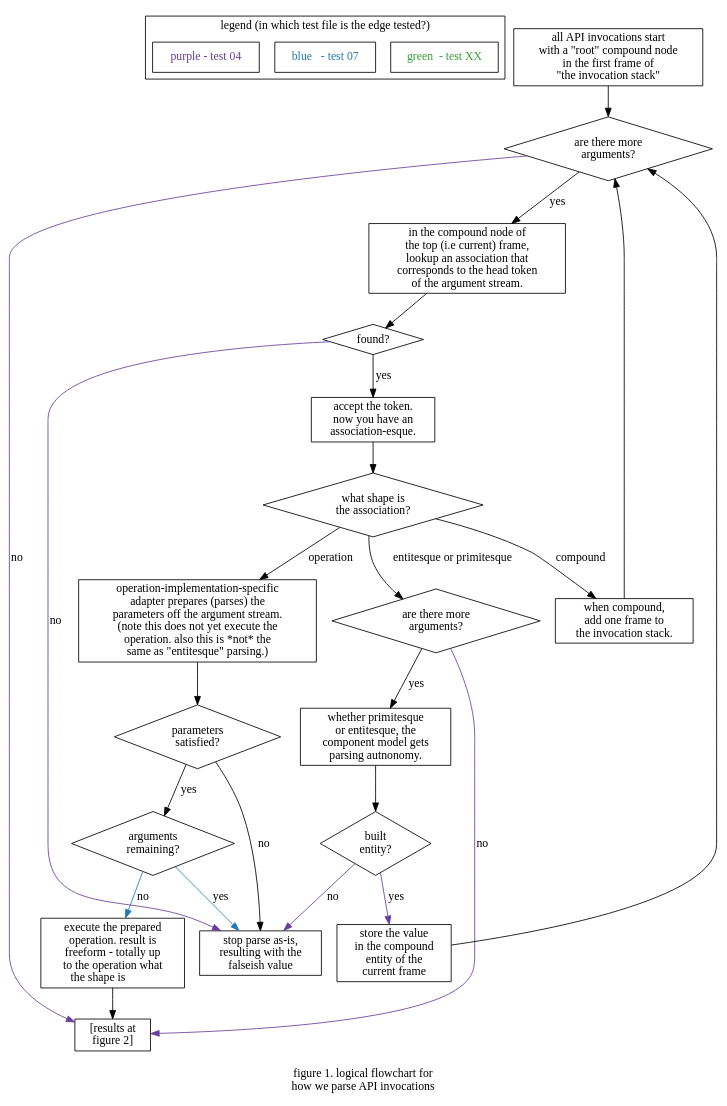
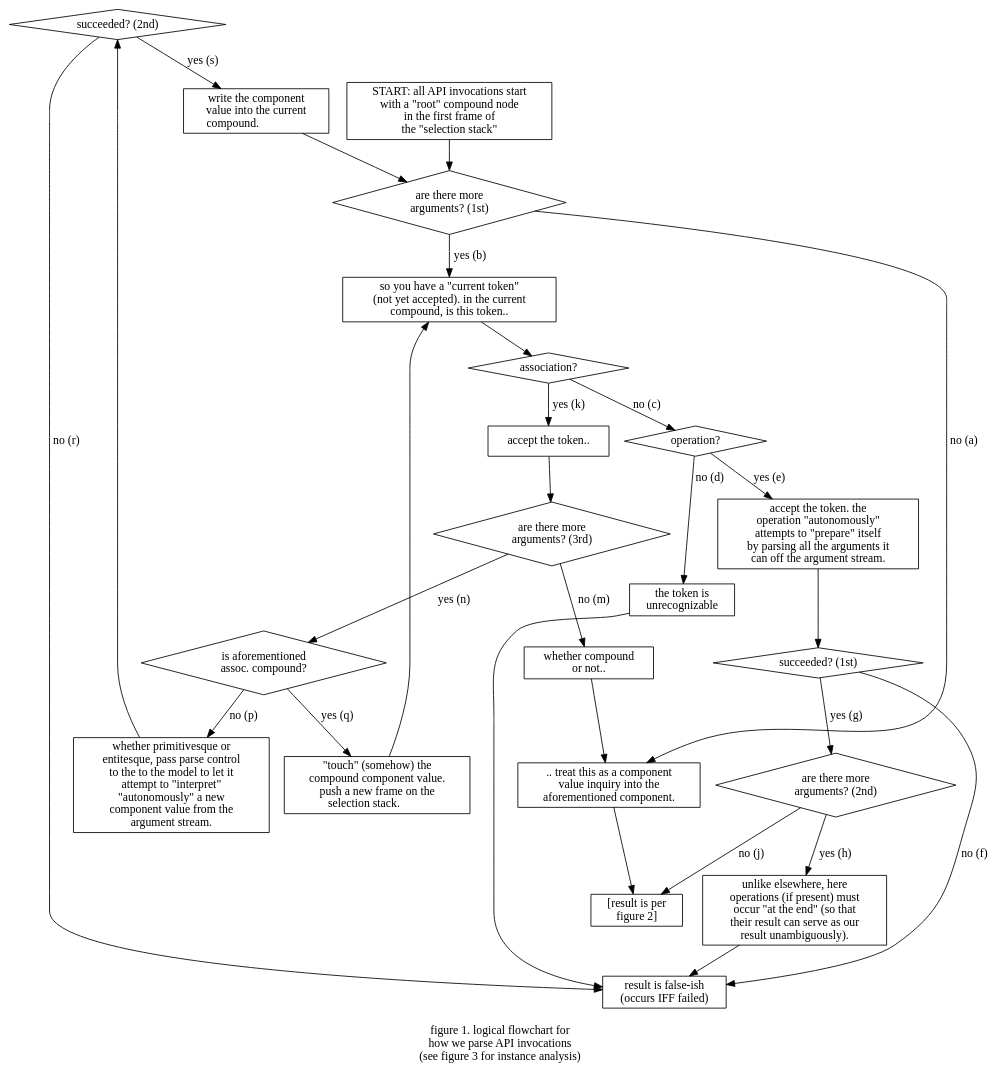
One commit to hipe/tmx changed the diagram in zerk/doc/issues/012/figure-1-parsing-flowchart.dot. Above: the diagram before and after it, drawn with Graphviz. The commit also changed 30 other files, not shown here.

```diff
--- a/zerk/doc/issues/012/figure-1-parsing-flowchart.dot
+++ b/zerk/doc/issues/012/figure-1-parsing-flowchart.dot
@@ -1,113 +1,116 @@
 digraph g {
 
-  edge [colorscheme=paired10]
+edge [colorscheme=paired10]
 
-  subgraph cluster_legend {
+label="\nfigure 1. logical flowchart for
+how we parse API invocations
+(see figure 3 for instance analysis)
+"
 
-    label="legend (in which test file is the edge tested?)"
-    node[ colorscheme=paired10 shape=rectangle]
-    edge[ color=white ]
-    xx04[ label="green  - test XX" fontcolor=4 ]
-    xx02[ label="blue   - test 07" fontcolor=2 ]
-    xx10[ label="purple - test 04" fontcolor=10 ]
-    # xx10->xx02->xx04
-  }
+/* questions & associations */
 
-  label="\nfigure 1. logical flowchart for
-how we parse API invocations"
+/* just go */
 
+state_extra_args_post_op->state_failed
+state_component_parse->ask_component_parse_succeed
+state_component->ama3
+state_compound_yes->state_more_arguments
+state_inquiry->state_succeeded
+state_more_arguments->ask_assoc
+state_operation->ask_arg_parse_succeeded
+state_start->ama1
+state_unrecognized->state_failed
+state_whether_compound->state_inquiry
+state_write->ama1
 
+/* no & yes (next letter: (t)) */
 
-  start [shape=rectangle label="all API invocations start
+ask_arg_parse_succeeded->state_failed [label="no (f)"]
+ask_arg_parse_succeeded->ama2 [label="yes (g)"]
+ask_assoc->ask_operation [label="no (c)"]
+ask_assoc->state_component [label="yes (k)"]
+ask_component_parse_succeed->state_failed [label="no (r)"]
+ask_component_parse_succeed->state_write [label="yes (s)"]
+ask_compound->state_component_parse [label="no (p)"]
+ask_compound->state_compound_yes [label="yes (q)"]
+ama1->state_more_arguments [label="yes (b)"]
+ama1->state_inquiry [label="no (a)"]
+ama2->state_succeeded [label="no (j)"]
+ama2->state_extra_args_post_op [label="yes (h)"]
+ama3->state_whether_compound[label="no (m)"]
+ama3->ask_compound [label="yes (n)"]
+ask_operation->state_unrecognized [label="no (d)"]
+ask_operation->state_operation [label="yes (e)"]
+
+/* asks */
+
+ask_arg_parse_succeeded [shape=diamond label="succeeded? (1st)"]
+ask_assoc [shape=diamond label="association?"]
+ask_component_parse_succeed [shape=diamond label="succeeded? (2nd)"]
+ask_compound [shape=diamond label="is aforementioned\nassoc. compound?"]
+ama1 [shape=diamond label="are there more\narguments? (1st)"]
+ama2 [shape=diamond label="are there more\narguments? (2nd)"]
+ama3 [shape=diamond label="are there more\narguments? (3rd)"]
+ask_operation [shape=diamond label="operation?"]
+
+/* states */
+
+state_start [shape=rectangle label="START: all API invocations start
 with a \"root\" compound node
 in the first frame of
-\"the invocation stack\""]
+the \"selection stack\""]
 
-  start->common
+state_component [shape=rectangle label="accept the token.."]
 
-  common [shape=diamond label="are there more\narguments?"]
-  common->no_more_args [label="no" color=10]
+state_component_parse [shape=rectangle label="whether primitivesque or
+entitesque, pass parse control
+to the to the model to let it
+attempt to \"interpret\" 
+\"autonomously\" a new
+component value from the
+argument stream."]
 
-  common->yes_more_args1 [label="yes"]
+state_compound_yes [shape=rectangle label="\"touch\" (somehow) the
+compound component value.
+push a new frame on the
+selection stack.         "]
 
-  yes_more_args1 [shape=rectangle label="in the compound node of
-the top (i.e current) frame,
-lookup an association that
-corresponds to the head token
-of the argument stream."]
+state_extra_args_post_op [shape=rectange label="unlike elsewhere, here
+operations (if present) must
+occur \"at the end\" (so that
+their result can serve as our
+result unambiguously)."]
 
-  yes_more_args1->yes_more_args2
+state_inquiry [shape=rectangle label=".. treat this as a component
+value inquiry into the
+aforementioned component."]
 
-  yes_more_args2 [shape=diamond label="found?"]
+state_more_arguments [shape=rectangle label="so you have a \"current token\"
+(not yet accepted). in the current
+compound, is this token.."]
 
-  yes_more_args2->parse_failed [label=no color=10]
-  yes_more_args2->accept_token [label=yes]
+state_operation [shape=rectange label="accept the token. the
+operation \"autonomously\"
+attempts to \"prepare\" itself
+by parsing all the arguments it
+can off the argument stream."]
 
-  accept_token [shape=rectangle label="accept the token.\nnow you have an
-association-esque."]
+state_unrecognized [shape=rectangle label="the token is
+unrecognizable"]
 
-  accept_token->thingo
+state_whether_compound [shape=rectange label="whether compound
+or not.."]
 
-  thingo [label="what shape is\nthe association?" shape=diamond]
+state_write [shape=rectangle label="write the component
+value into the current
+compound.                "]
 
-  thingo->operation [label="operation"]
-  thingo->compound [label="compound"]
-  thingo->e_or_p_1 [label="entitesque or primitesque"]
+/* -- */
 
-  operation [shape=rectangle label=
-"operation-implementation-specific
-adapter prepares (parses) the
-parameters off the argument stream.
-(note this does not yet execute the
-operation. also this is *not* the
-same as \"entitesque\" parsing.)" ]
+state_failed [shape=rectangle label="result is false-ish
+(occurs IFF failed)"]
 
-  operation->op2
-  op2 [shape=diamond label="parameters\nsatisfied?"]
-
-  op2->parse_failed [label=no]
-  op2->op3 [label=yes]
-
-  op3 [shape=diamond label="arguments\nremaining?"]
-  op3->parse_failed [label=yes color=2]
-  op3->op4 [label=no color=2]
-
-  op4 [shape=rectangle label="execute the prepared
-operation. result is
-freeform - totally up
-to the operation what
-the shape is          "]
-
-  op4->no_more_args
-
-  compound [label="when compound,
-add one frame to\nthe invocation stack." shape=rectange]
-
-  e_or_p_1 [shape=diamond label="are there more\narguments?"]
-
-  e_or_p_1->e_or_p_2 [label=yes]
-  e_or_p_1->no_more_args [label=no color=10]
-
-  e_or_p_2 [label="whether primitesque
-or entitesque, the
-component model gets
-parsing autnonomy." shape=rectangle]
-
-  e_or_p_2->after_p
-
-  after_p [label="built\nentity?" shape=diamond]
-  after_p->p_succeeded [label=yes color=10]
-  after_p->parse_failed [label=no color=10]
-
-  parse_failed [shape=rectangle label="stop parse as-is,\nresulting with the
-falseish value"]
-
-  p_succeeded [shape=rectangle label="store the value\nin the compound
-entity of the\ncurrent frame"]
-  p_succeeded->common
-  compound->common
-
-  no_more_args [shape=rectangle label="[results at\nfigure 2]"]
-
+state_succeeded [shape=rectangle label="[result is per
+figure 2]"]
 
 }
```
